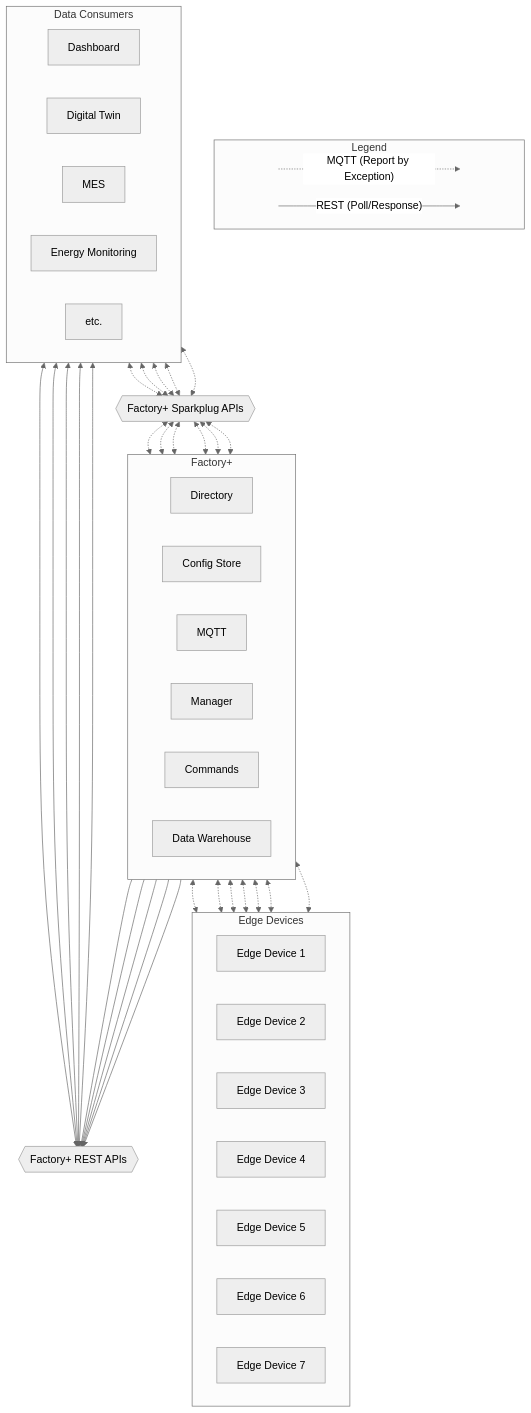
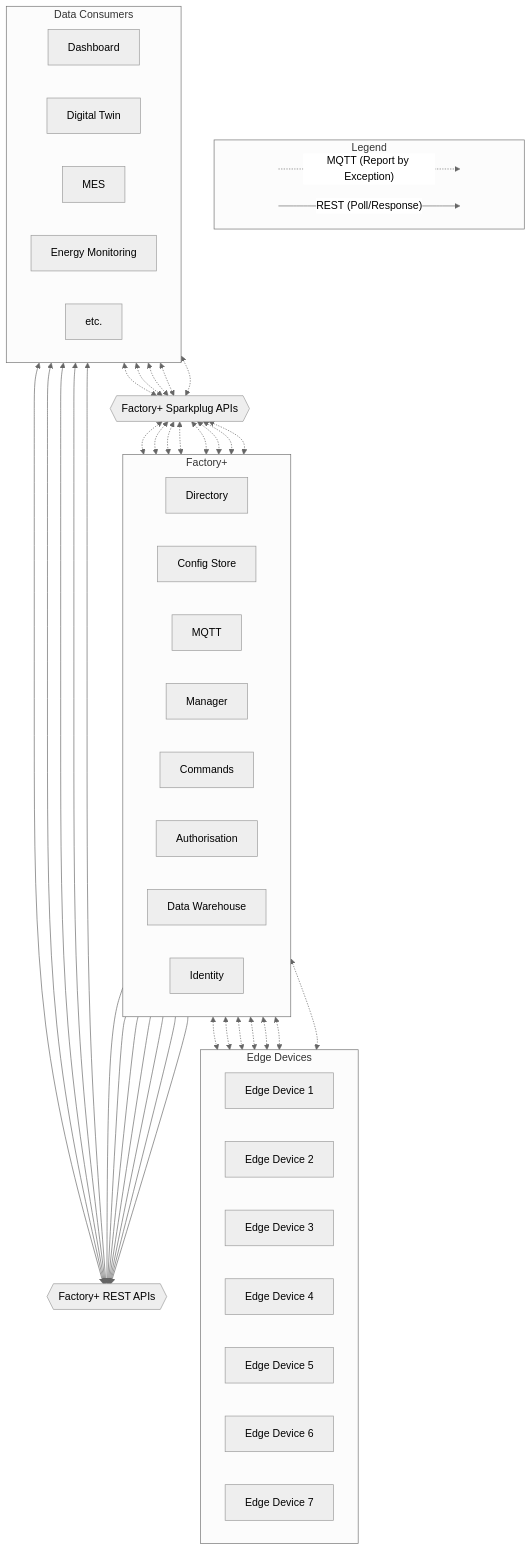
The second of 3 diagrams in docs/overview.mdx (AMRC-FactoryPlus/documentation), drawn with Mermaid (neutral theme) before and after one commit. The commit also changed other lines of this file and 1 other file, not shown here.

````diff
--- a/docs/overview.mdx
+++ b/docs/overview.mdx
@@ -79,67 +79,73 @@
 ```mermaid
 graph TB
     subgraph Legend
       direction LR
       start1[ ] -. "MQTT (Report by Exception)" .-> stop1[ ]
       style start1 height:0px;
       style stop1 height:0px;
       start2[ ] -- "REST (Poll/Response)" --> stop2[ ]
       style start2 height:0px;
       style stop2 height:0px;
     end
     subgraph Factory+
         direction LR
         A[Directory]
         B[Config Store]
         C[MQTT]
         D[Manager]
         E[Commands]
+        F[Authorisation]
         G[Data Warehouse]
+        H[Identity]
     end
     subgraph Data Consumers
         direction LR
         ds[Dashboard]
         dt[Digital Twin]
         mes[MES]
         em[Energy Monitoring]
         ...[etc.]
     end
     subgraph Edge Devices
         direction LR
         c1
         c2
         c3
         c4
         c5
         c6
         c7
     end
   m{{Factory+ Sparkplug APIs}}<.->C
   m<.->A
   m<.->B
   m<.->D
   m<.->E
+  m<.->F
   m<.->G
+  m<.->H
   C<.->c1[Edge Device 1]
   C<.->c2[Edge Device 2]
   C<.->c3[Edge Device 3]
   C<.->c4[Edge Device 4]
   C<.->c5[Edge Device 5]
   C<.->c6[Edge Device 6]
   C<.->c7[Edge Device 7]
   A --> r{{Factory+ REST APIs}}
   B --> r
   D --> r
   E --> r
+  F --> r
   G --> r
+  H --> r
   dt <.-> m
   dt <--> r
   ds <.-> m
   ds <--> r
   mes <.-> m
   mes <--> r
   em <.-> m
   em <--> r
   ... <.-> m
   ... <--> r
 ```
````
